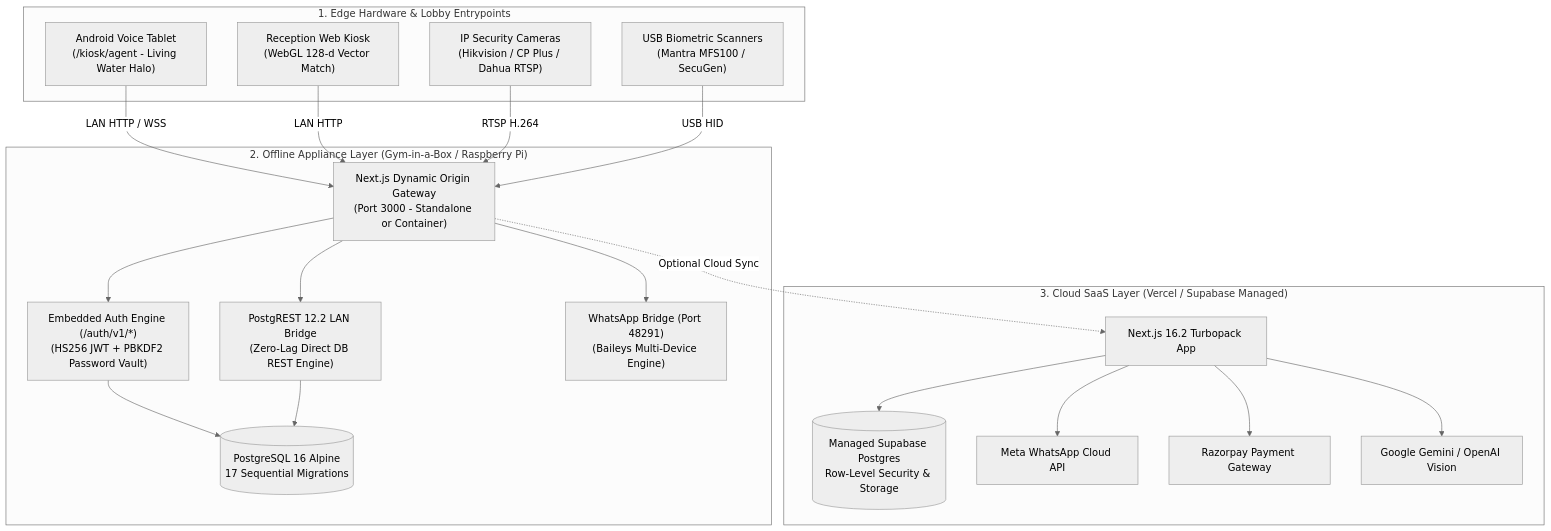
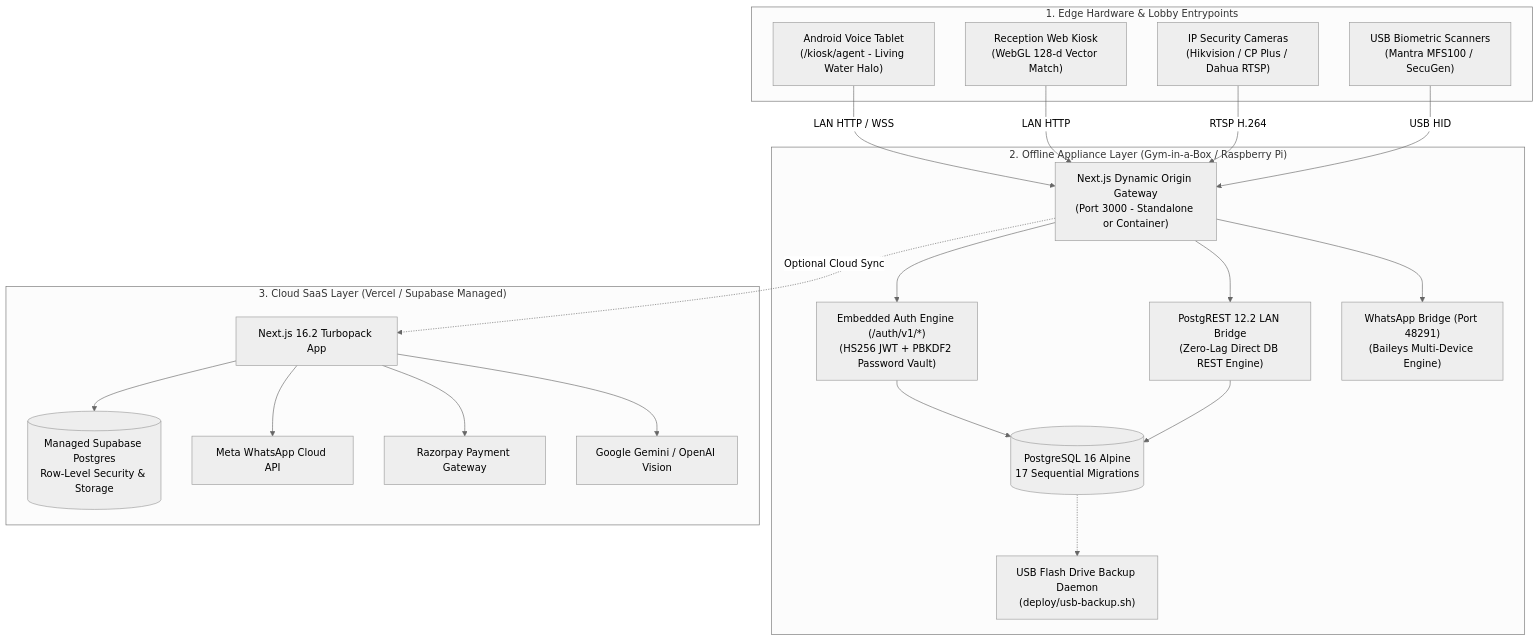
The diagram in README.md (prashantb2400/GYM-ERP-2), drawn with Mermaid (neutral theme) before and after one commit. The commit also changed other lines of this file, not shown here.

````diff
--- a/README.md
+++ b/README.md
@@ -124,42 +165,44 @@
 ```mermaid
 flowchart TB
     subgraph EdgeHardware["1. Edge Hardware & Lobby Entrypoints"]
         TabletKiosk["Android Voice Tablet<br/>(/kiosk/agent - Living Water Halo)"]
         WebFace["Reception Web Kiosk<br/>(WebGL 128-d Vector Match)"]
         CCTVCams["IP Security Cameras<br/>(Hikvision / CP Plus / Dahua RTSP)"]
         BioScanners["USB Biometric Scanners<br/>(Mantra MFS100 / SecuGen)"]
     end
 
     subgraph ApplianceLayer["2. Offline Appliance Layer (Gym-in-a-Box / Raspberry Pi)"]
         NextProxy["Next.js Dynamic Origin Gateway<br/>(Port 3000 - Standalone or Container)"]
         LocalAuth["Embedded Auth Engine (/auth/v1/*)<br/>(HS256 JWT + PBKDF2 Password Vault)"]
         LocalPGRST["PostgREST 12.2 LAN Bridge<br/>(Zero-Lag Direct DB REST Engine)"]
         LocalPG[("PostgreSQL 16 Alpine<br/>17 Sequential Migrations")]
         WABridge["WhatsApp Bridge (Port 48291)<br/>(Baileys Multi-Device Engine)"]
+        BackupUtil["USB Flash Drive Backup Daemon<br/>(deploy/usb-backup.sh)"]
     end
 
     subgraph CloudLayer["3. Cloud SaaS Layer (Vercel / Supabase Managed)"]
         CloudNext["Next.js 16.2 Turbopack App"]
         CloudSupabase[("Managed Supabase Postgres<br/>Row-Level Security & Storage")]
         CloudMeta["Meta WhatsApp Cloud API"]
         CloudRazorpay["Razorpay Payment Gateway"]
         CloudLLM["Google Gemini / OpenAI Vision"]
     end
 
     TabletKiosk -->|LAN HTTP / WSS| NextProxy
     WebFace -->|LAN HTTP| NextProxy
     CCTVCams -->|RTSP H.264| NextProxy
     BioScanners -->|USB HID| NextProxy
 
     NextProxy --> LocalAuth
     NextProxy --> LocalPGRST
     LocalAuth --> LocalPG
     LocalPGRST --> LocalPG
     NextProxy --> WABridge
+    LocalPG -.-> BackupUtil
 
     NextProxy -.->|Optional Cloud Sync| CloudNext
     CloudNext --> CloudSupabase
     CloudNext --> CloudMeta
     CloudNext --> CloudRazorpay
     CloudNext --> CloudLLM
 ```
````
